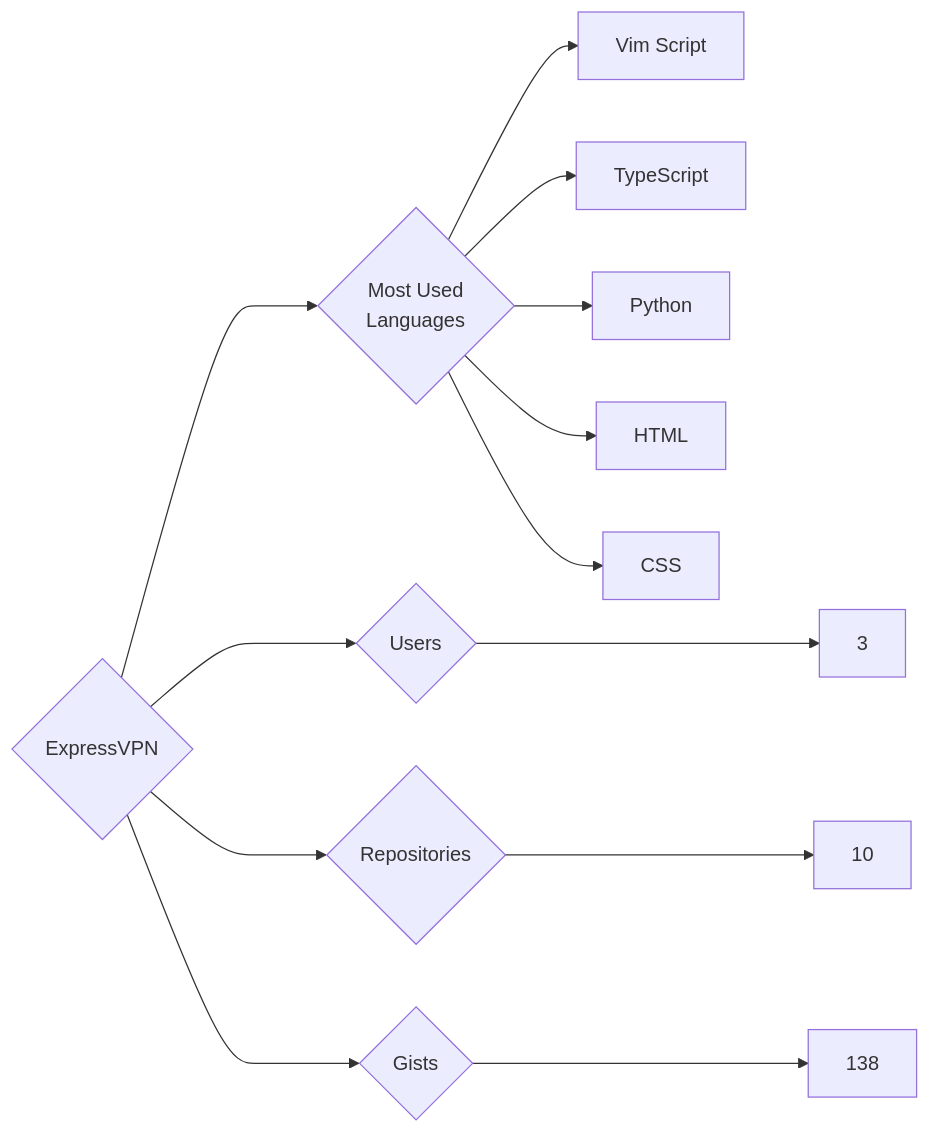
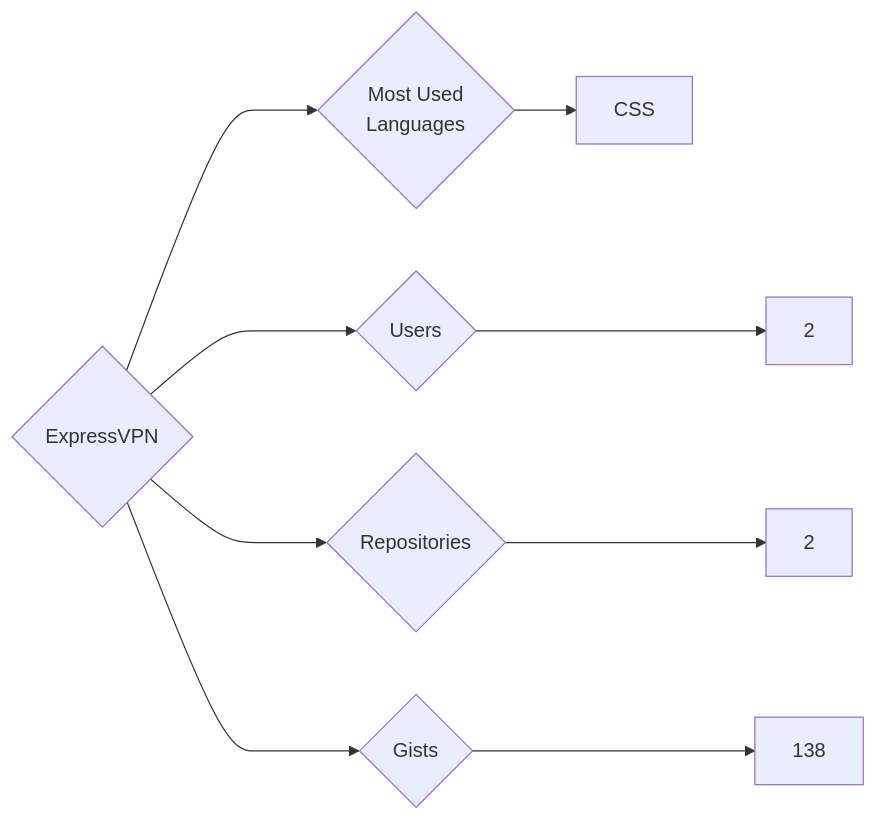
Before and after one commit to trickest/insiders: the diagram in targets/ExpressVPN/README.md, drawn with Mermaid. The commit also changed 942 other files, not shown here.

````diff
--- a/targets/ExpressVPN/README.md
+++ b/targets/ExpressVPN/README.md
@@ -3,13 +3,9 @@
 ```mermaid
 graph LR
 COMPANY_NAME{ExpressVPN}
-COMPANY_NAME ---> U{Users} ---> UN[3]
-COMPANY_NAME ---> R{Repositories} ---> RN[10]
+COMPANY_NAME ---> U{Users} ---> UN[2]
+COMPANY_NAME ---> R{Repositories} ---> RN[2]
 COMPANY_NAME ---> G{Gists} ---> GN[138]
 COMPANY_NAME ---> ML{Most Used<br>Languages}
-ML --> Vim_Script[Vim Script]
-ML --> TypeScript[TypeScript]
-ML --> Python[Python]
-ML --> HTML[HTML]
 ML --> CSS[CSS]
 ```
````
